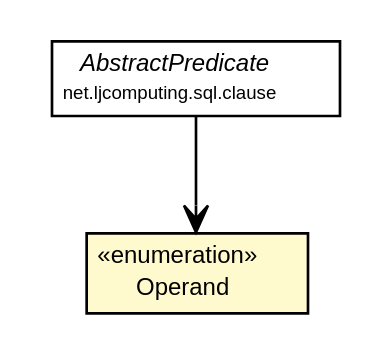
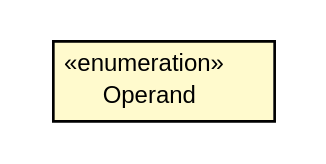
Before and after one commit to willmorejg/net.ljcomputing.sql: the diagram in docs/javadoc/apidocs/net/ljcomputing/sql/literal/Operand.dot, drawn with Graphviz. The commit also changed 308 other files, not shown here.

```diff
--- a/docs/javadoc/apidocs/net/ljcomputing/sql/literal/Operand.dot
+++ b/docs/javadoc/apidocs/net/ljcomputing/sql/literal/Operand.dot
@@ -1,28 +1,19 @@
 #!/usr/local/bin/dot
 #
 # Class diagram 
 # Generated by UMLGraph version R5_6 (http://www.umlgraph.org/)
 #
 
 digraph G {
 	edge [fontname="Helvetica",fontsize=10,labelfontname="Helvetica",labelfontsize=10];
 	node [fontname="Helvetica",fontsize=10,shape=plaintext];
 	nodesep=0.25;
 	ranksep=0.5;
-	// net.ljcomputing.sql.clause.AbstractPredicate
-	c789 [label=<<table title="net.ljcomputing.sql.clause.AbstractPredicate" border="0" cellborder="1" cellspacing="0" cellpadding="2" port="p" href="../clause/AbstractPredicate.html">
-		<tr><td><table border="0" cellspacing="0" cellpadding="1">
-<tr><td align="center" balign="center"><font face="Helvetica-Oblique"> AbstractPredicate </font></td></tr>
-<tr><td align="center" balign="center"><font point-size="7.0"> net.ljcomputing.sql.clause </font></td></tr>
-		</table></td></tr>
-		</table>>, URL="../clause/AbstractPredicate.html", fontname="Helvetica", fontcolor="black", fontsize=9.0];
 	// net.ljcomputing.sql.literal.Operand
-	c816 [label=<<table title="net.ljcomputing.sql.literal.Operand" border="0" cellborder="1" cellspacing="0" cellpadding="2" port="p" bgcolor="lemonChiffon" href="./Operand.html">
+	c846 [label=<<table title="net.ljcomputing.sql.literal.Operand" border="0" cellborder="1" cellspacing="0" cellpadding="2" port="p" bgcolor="lemonChiffon" href="./Operand.html">
 		<tr><td><table border="0" cellspacing="0" cellpadding="1">
 <tr><td align="center" balign="center"> &#171;enumeration&#187; </td></tr>
 <tr><td align="center" balign="center"> Operand </td></tr>
 		</table></td></tr>
 		</table>>, URL="./Operand.html", fontname="Helvetica", fontcolor="black", fontsize=9.0];
-	// net.ljcomputing.sql.clause.AbstractPredicate NAVASSOC net.ljcomputing.sql.literal.Operand
-	c789:p -> c816:p [taillabel="", label="", headlabel="", fontname="Helvetica", fontcolor="black", fontsize=10.0, color="black", arrowhead=open];
 }
```
